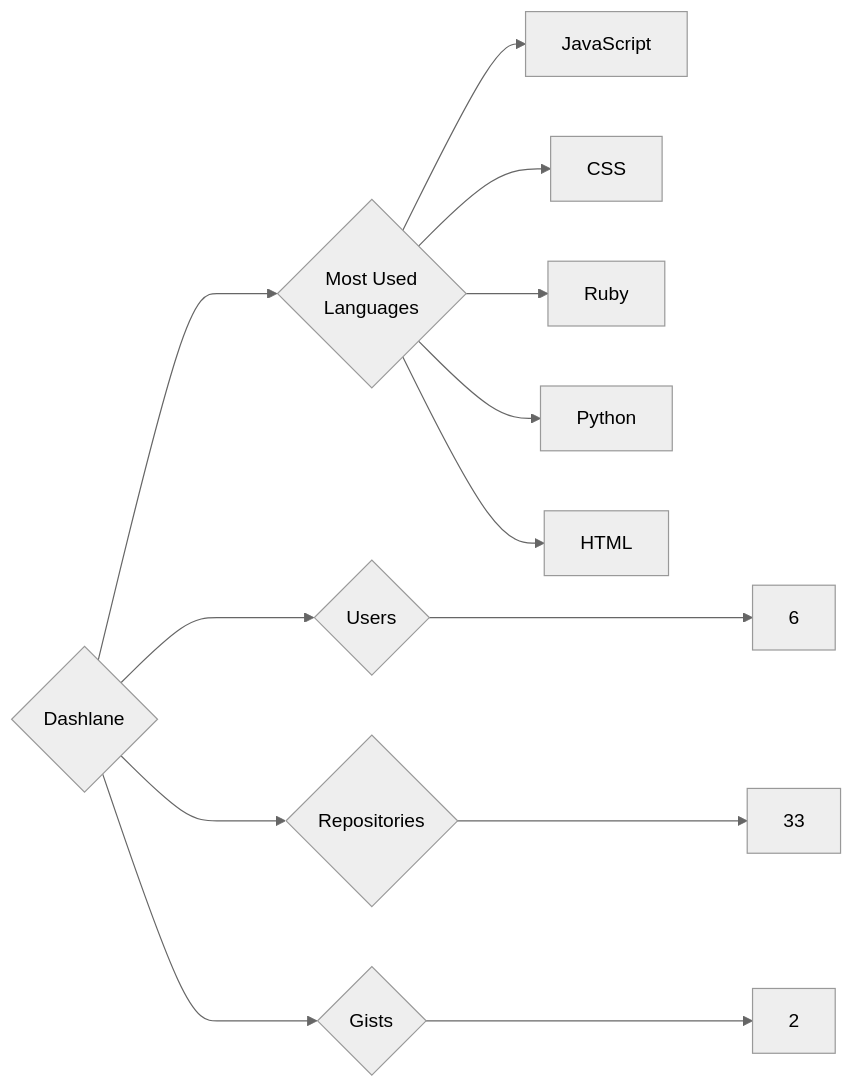
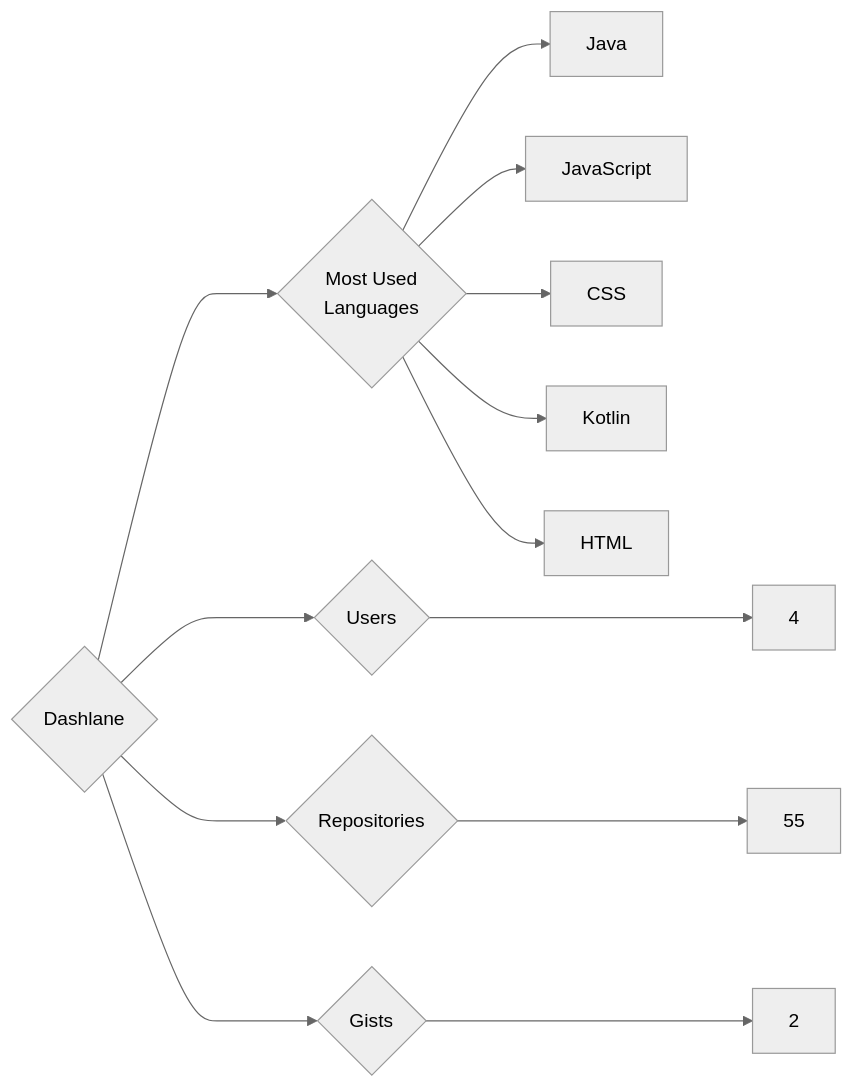
The diagram in targets/Dashlane/README.md (trickest/insiders), drawn with Mermaid (neutral theme) before and after one commit. The commit also changed 1023 other files, not shown here.

````diff
--- a/targets/Dashlane/README.md
+++ b/targets/Dashlane/README.md
@@ -3,13 +3,13 @@
 ```mermaid
 graph LR
 COMPANY_NAME{Dashlane}
-COMPANY_NAME ---> U{Users} ---> UN[6]
-COMPANY_NAME ---> R{Repositories} ---> RN[33]
+COMPANY_NAME ---> U{Users} ---> UN[4]
+COMPANY_NAME ---> R{Repositories} ---> RN[55]
 COMPANY_NAME ---> G{Gists} ---> GN[2]
 COMPANY_NAME ---> ML{Most Used<br>Languages}
+ML --> Java[Java]
 ML --> JavaScript[JavaScript]
 ML --> CSS[CSS]
-ML --> Ruby[Ruby]
-ML --> Python[Python]
+ML --> Kotlin[Kotlin]
 ML --> HTML[HTML]
 ```
````
